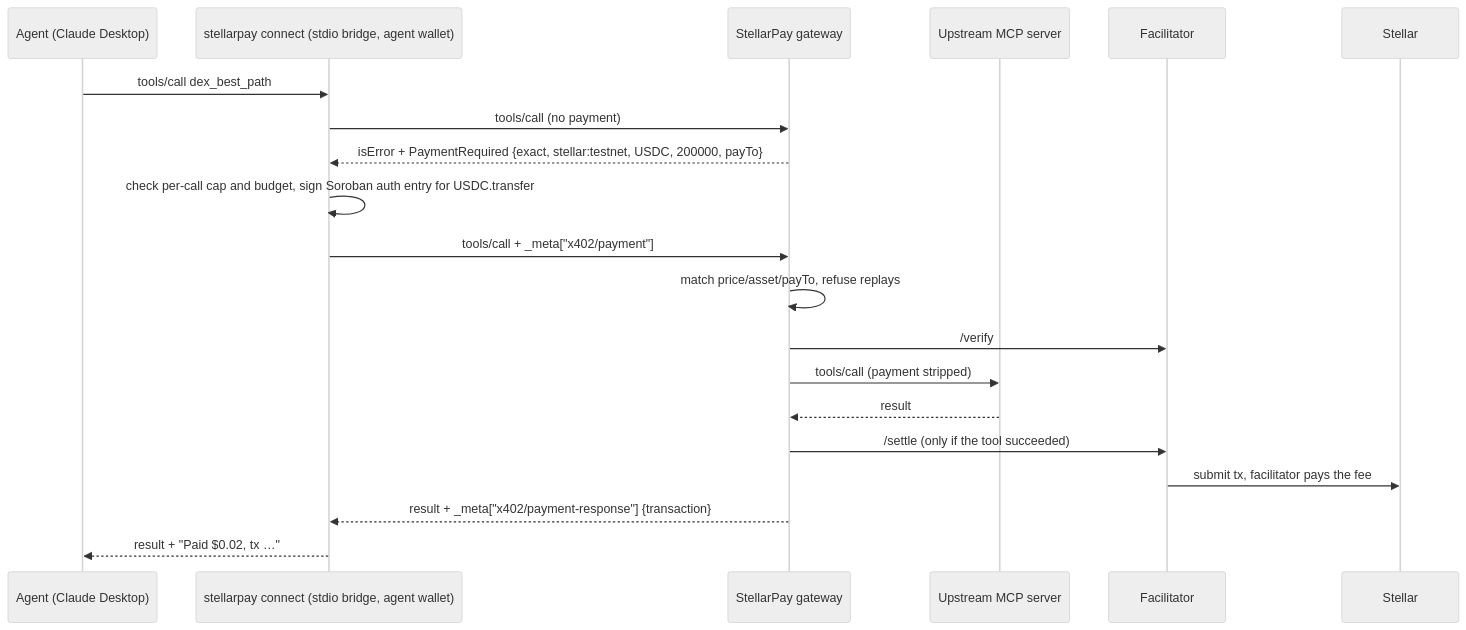
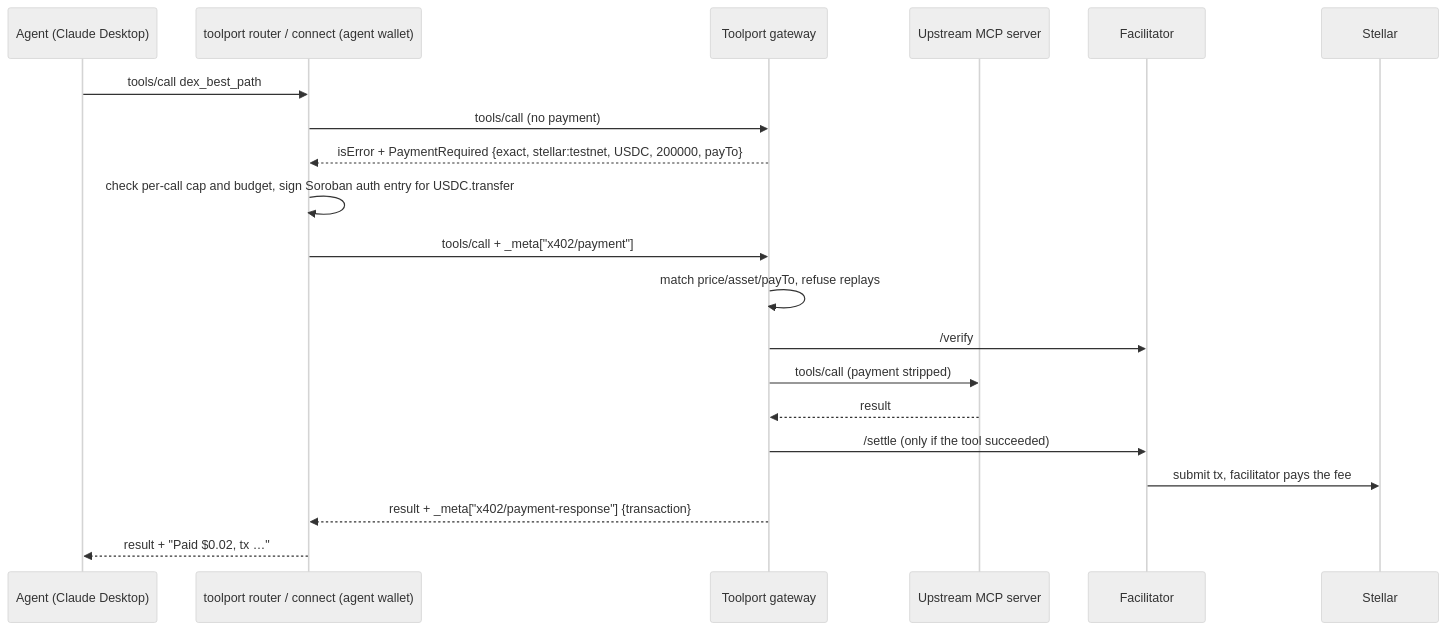
Before and after one commit to HackatonWinnners/toolport: the diagram in README.md, drawn with Mermaid (neutral theme). The commit also changed other lines of this file, not shown here.

Commit message:
Rewrite the README for Toolport and self-hosted deployment

````diff
--- a/README.md
+++ b/README.md
@@ -125,23 +272,23 @@
 ```mermaid
 sequenceDiagram
     participant A as Agent (Claude Desktop)
-    participant B as stellarpay connect (stdio bridge, agent wallet)
-    participant G as StellarPay gateway
+    participant B as toolport router / connect (agent wallet)
+    participant G as Toolport gateway
     participant U as Upstream MCP server
     participant F as Facilitator
     participant S as Stellar
 
     A->>B: tools/call dex_best_path
     B->>G: tools/call (no payment)
     G-->>B: isError + PaymentRequired {exact, stellar:testnet, USDC, 200000, payTo}
     B->>B: check per-call cap and budget, sign Soroban auth entry for USDC.transfer
     B->>G: tools/call + _meta["x402/payment"]
     G->>G: match price/asset/payTo, refuse replays
     G->>F: /verify
     G->>U: tools/call (payment stripped)
     U-->>G: result
     G->>F: /settle (only if the tool succeeded)
     F->>S: submit tx, facilitator pays the fee
     G-->>B: result + _meta["x402/payment-response"] {transaction}
     B-->>A: result + "Paid $0.02, tx …"
 ```
````
